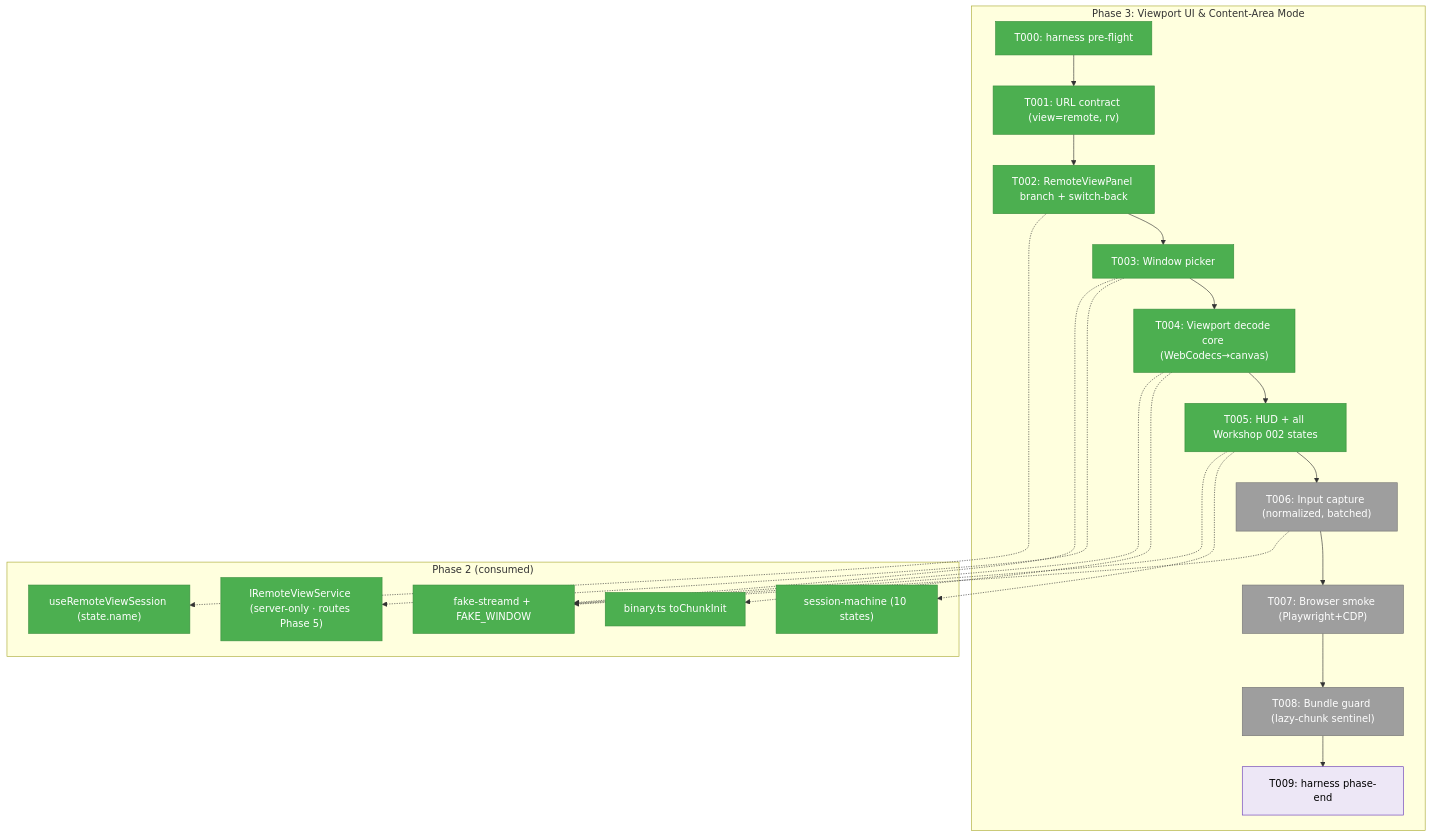
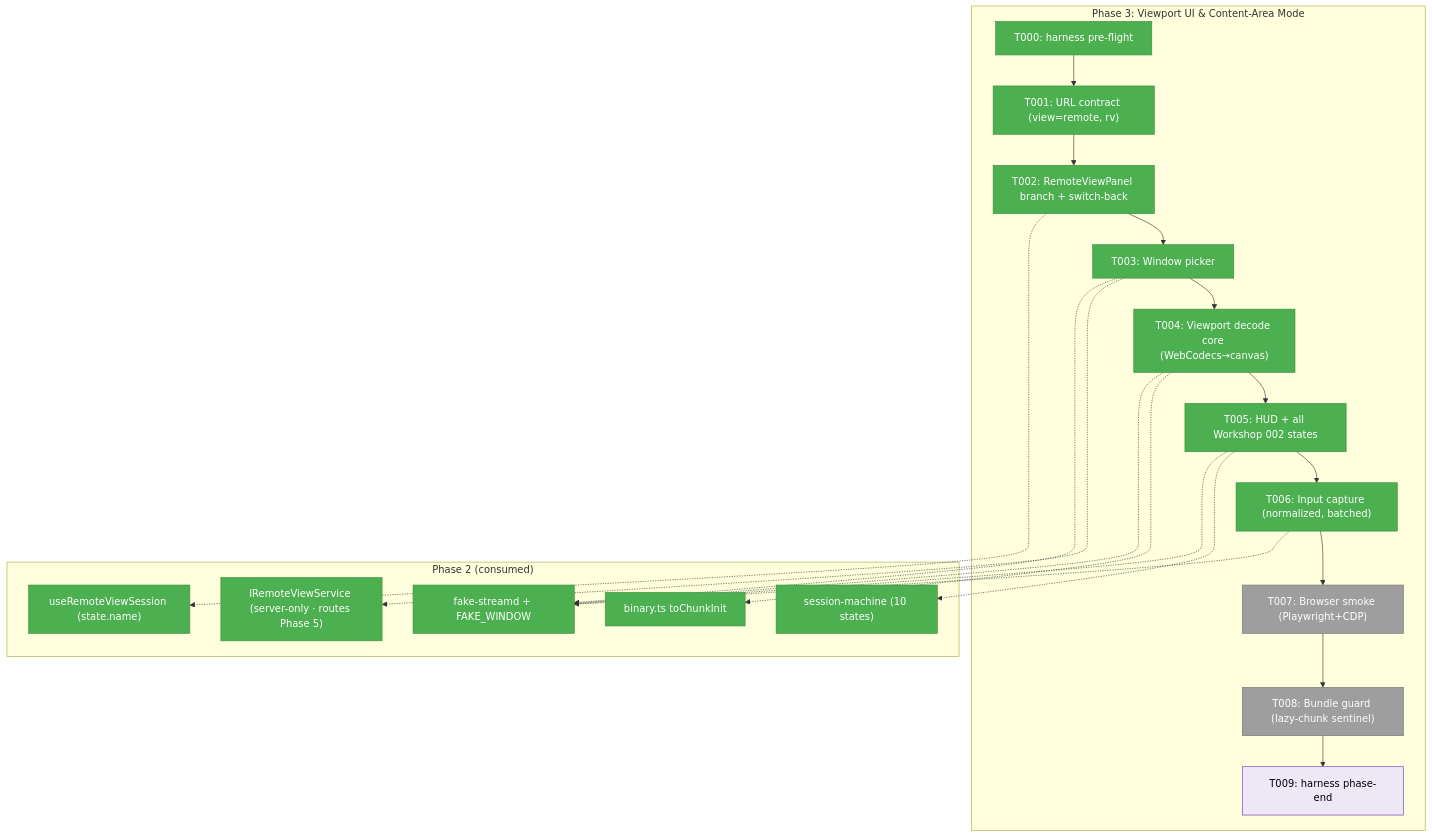
The first of 3 diagrams in docs/plans/088-remote-app-view/tasks/phase-3-viewport-ui-content-area-mode/tasks.md (AI-Substrate/chainglass), drawn with Mermaid before and after one commit. The commit also changed other lines of this file and 5 other files, not shown here.

First line of the commit message:
feat(remote-view): T006 input capture — normalized, rAF-batched (Plan 088 Phase 3)

````diff
--- a/docs/plans/088-remote-app-view/tasks/phase-3-viewport-ui-content-area-mode/tasks.md
+++ b/docs/plans/088-remote-app-view/tasks/phase-3-viewport-ui-content-area-mode/tasks.md
@@ -90,36 +90,36 @@
 ```mermaid
 flowchart TD
     classDef pending fill:#9E9E9E,stroke:#757575,color:#fff
     classDef wip fill:#FF9800,stroke:#F57C00,color:#000
     classDef done fill:#4CAF50,stroke:#388E3C,color:#fff
     classDef seam fill:#EDE7F6,stroke:#673AB7,color:#000
     classDef reuse fill:#4CAF50,stroke:#388E3C,color:#fff
 
     subgraph Phase["Phase 3: Viewport UI & Content-Area Mode"]
         T000["T000: harness pre-flight"]:::done
         T001["T001: URL contract (view=remote, rv)"]:::done
         T002["T002: RemoteViewPanel branch + switch-back"]:::done
         T003["T003: Window picker"]:::done
         T004["T004: Viewport decode core (WebCodecs→canvas)"]:::done
         T005["T005: HUD + all Workshop 002 states"]:::done
-        T006["T006: Input capture (normalized, batched)"]:::pending
+        T006["T006: Input capture (normalized, batched)"]:::done
         T007["T007: Browser smoke (Playwright+CDP)"]:::pending
         T008["T008: Bundle guard (lazy-chunk sentinel)"]:::pending
         T009["T009: harness phase-end"]:::seam
         T000 --> T001 --> T002 --> T003 --> T004 --> T005 --> T006 --> T007 --> T008 --> T009
     end
 
     subgraph Reuse["Phase 2 (consumed)"]
         H["useRemoteViewSession (state.name)"]:::reuse
         FSM["session-machine (10 states)"]:::reuse
         BIN["binary.ts toChunkInit"]:::reuse
         SVC["IRemoteViewService (server-only · routes Phase 5)"]:::reuse
         FAKE["fake-streamd + FAKE_WINDOW"]:::reuse
     end
 
     T002 -.-> H
     T003 -.-> SVC
     T004 -.-> BIN
     T005 -.-> FSM
     T003 & T004 & T005 & T006 -.-> FAKE
 ```
````
